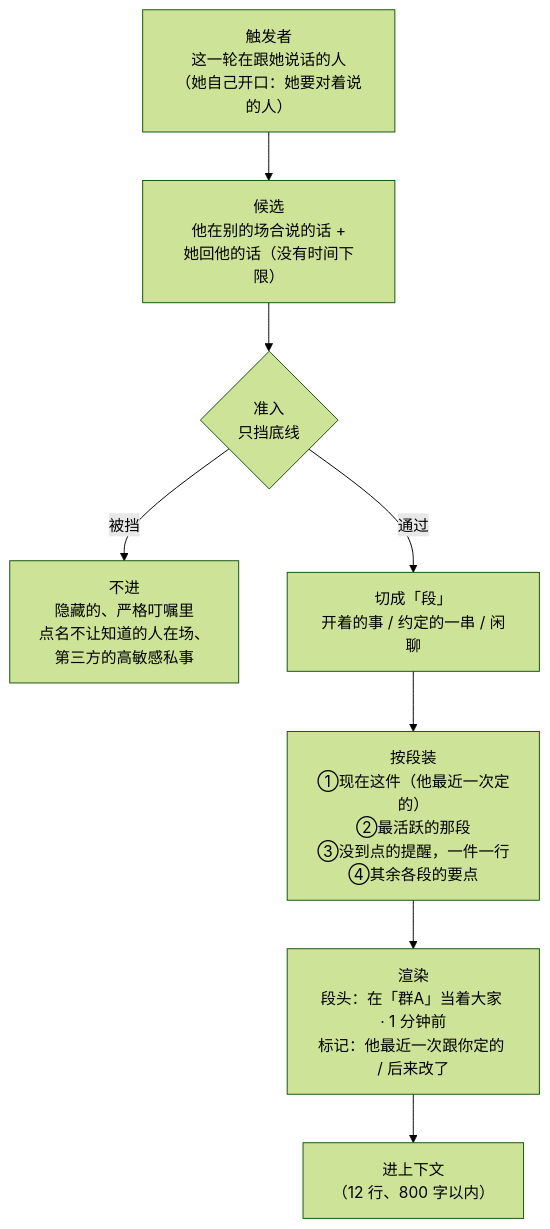
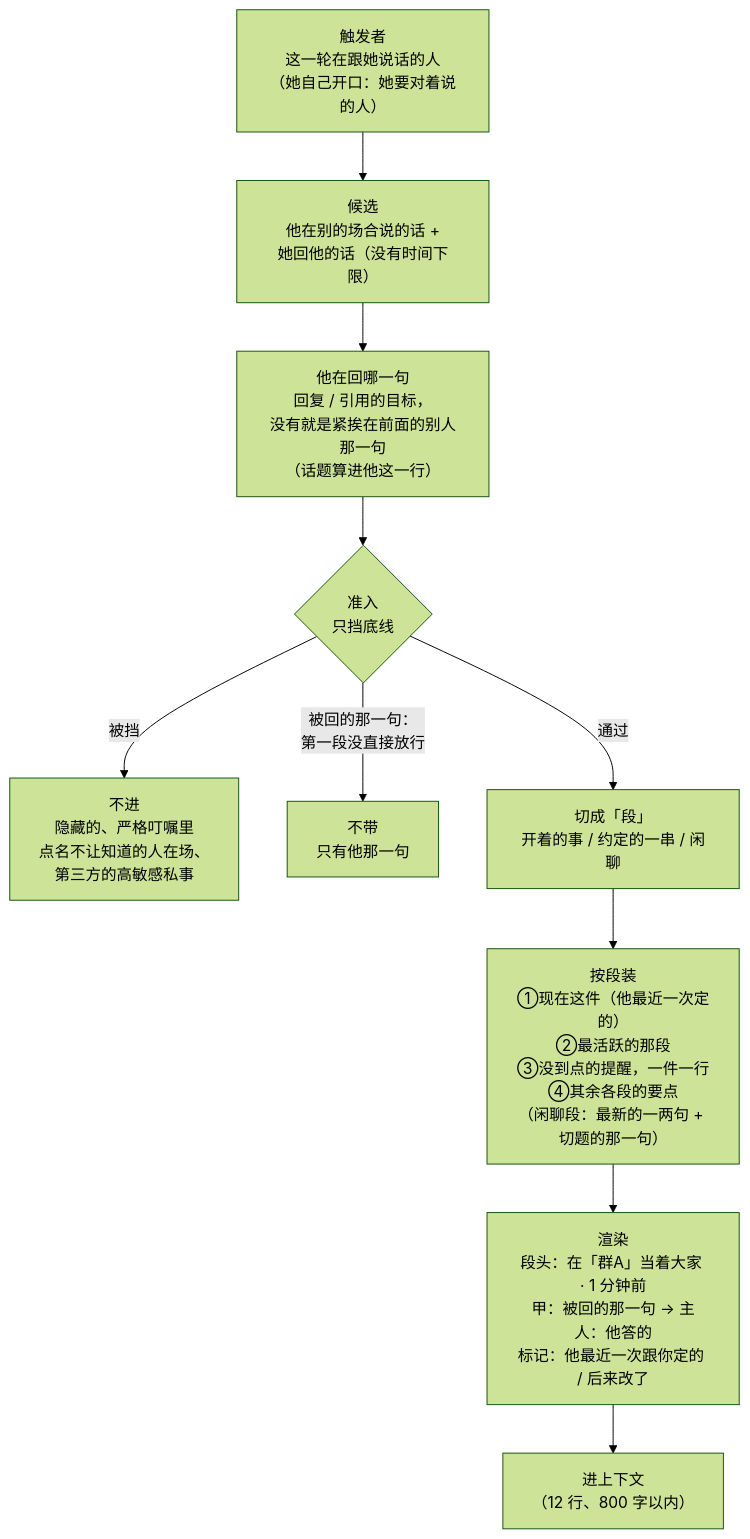
The fifth of 9 diagrams in docs/图解.md (QiuYeDx/dsh-rugu), drawn with Mermaid (forest theme) before and after one commit. The commit also changed other lines of this file and 8 other files, not shown here.

````diff
--- a/docs/图解.md
+++ b/docs/图解.md
@@ -193,10 +193,12 @@
 ```mermaid
 flowchart TB
   TR["触发者<br/>这一轮在跟她说话的人<br/>（她自己开口：她要对着说的人）"] --> CA["候选<br/>他在别的场合说的话 +<br/>她回他的话（没有时间下限）"]
-  CA --> AD{"准入<br/>只挡底线"}
+  CA --> RP["他在回哪一句<br/>回复 / 引用的目标，<br/>没有就是紧挨在前面的别人那一句<br/>（话题算进他这一行）"]
+  RP --> AD{"准入<br/>只挡底线"}
   AD -->|被挡| X["不进<br/>隐藏的、严格叮嘱里<br/>点名不让知道的人在场、<br/>第三方的高敏感私事"]
+  AD -->|"被回的那一句：<br/>第一段没直接放行"| X2["不带<br/>只有他那一句"]
   AD -->|通过| UN["切成「段」<br/>开着的事 / 约定的一串 / 闲聊"]
-  UN --> SEL["按段装<br/>①现在这件（他最近一次定的）<br/>②最活跃的那段<br/>③没到点的提醒，一件一行<br/>④其余各段的要点"]
-  SEL --> RD["渲染<br/>段头：在「群A」当着大家 · 1 分钟前<br/>标记：他最近一次跟你定的 / 后来改了"]
+  UN --> SEL["按段装<br/>①现在这件（他最近一次定的）<br/>②最活跃的那段<br/>③没到点的提醒，一件一行<br/>④其余各段的要点<br/>（闲聊段：最新的一两句 + 切题的那一句）"]
+  SEL --> RD["渲染<br/>段头：在「群A」当着大家 · 1 分钟前<br/>甲：被回的那一句 → 主人：他答的<br/>标记：他最近一次跟你定的 / 后来改了"]
   RD --> OUT["进上下文<br/>（12 行、800 字以内）"]
 ```
````
